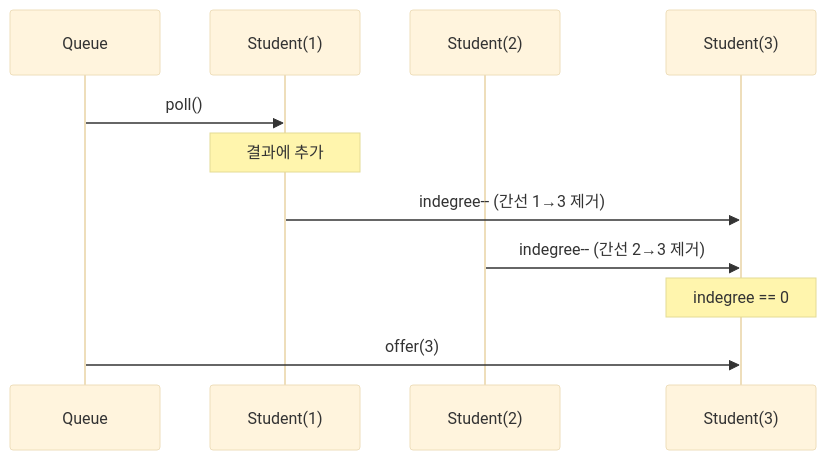
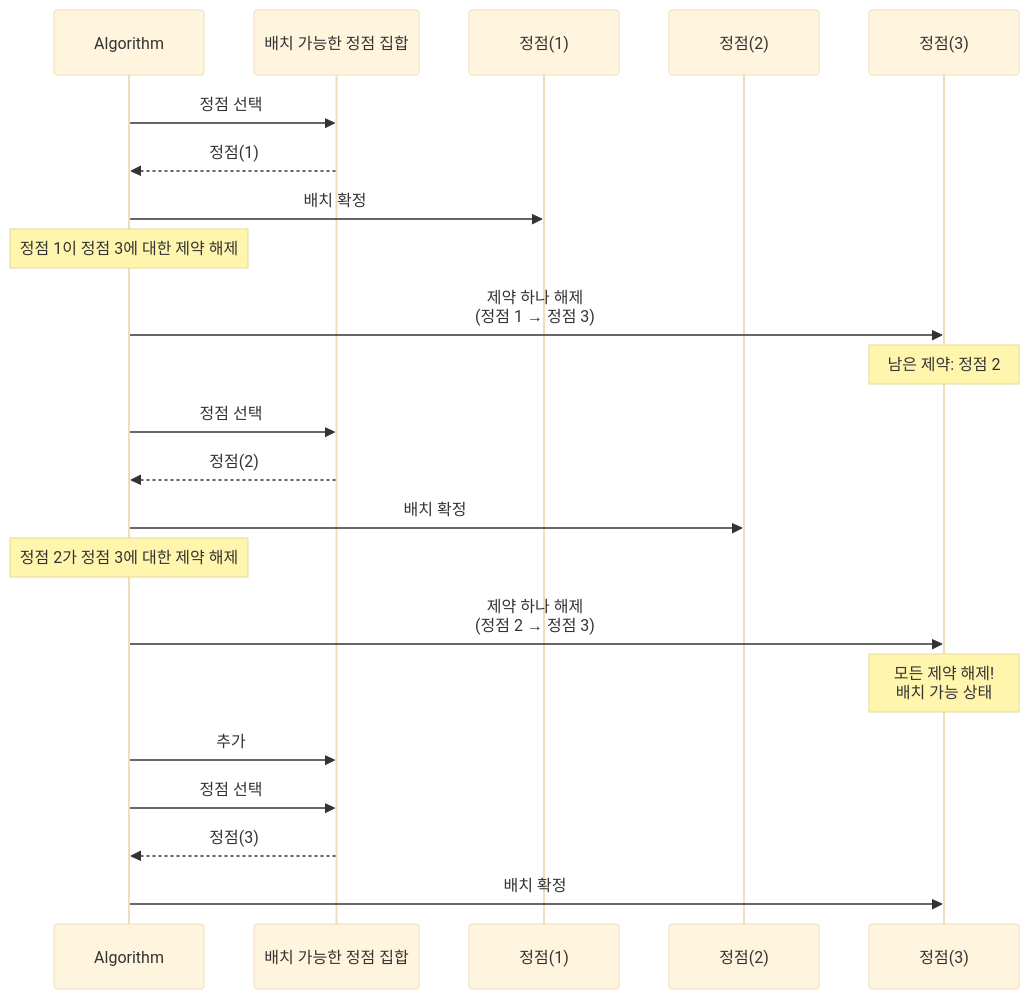
One commit to minor7295/algorithm changed the third of 4 diagrams in boj/topology-sort/2252/2.algorithm.md. Above: the diagram before and after it, drawn with Mermaid (base theme). The commit also changed other lines of this file and 2 other files, not shown here.

````diff
--- a/boj/topology-sort/2252/2.algorithm.md
+++ b/boj/topology-sort/2252/2.algorithm.md
@@ -205,16 +227,29 @@
 ```mermaid
 sequenceDiagram
-    participant Q as Queue
-    participant S1 as Student(1)
-    participant S2 as Student(2)
-    participant S3 as Student(3)
+    participant Algo as Algorithm
+    participant Q as 배치 가능한 정점 집합
+    participant S1 as 정점(1)
+    participant S2 as 정점(2)
+    participant S3 as 정점(3)
 
-    Q->>S1: poll()
-    Note over S1: 결과에 추가
-
-    S1->>S3: indegree-- (간선 1→3 제거)
-    S2->>S3: indegree-- (간선 2→3 제거)
-
-    Note over S3: indegree == 0
-    Q->>S3: offer(3)
+    Algo->>Q: 정점 선택
+    Q-->>Algo: 정점(1)
+    Algo->>S1: 배치 확정
+    
+    Note over Algo: 정점 1이 정점 3에 대한 제약 해제
+    Algo->>S3: 제약 하나 해제<br/>(정점 1 → 정점 3)
+    Note over S3: 남은 제약: 정점 2
+    
+    Algo->>Q: 정점 선택
+    Q-->>Algo: 정점(2)
+    Algo->>S2: 배치 확정
+    
+    Note over Algo: 정점 2가 정점 3에 대한 제약 해제
+    Algo->>S3: 제약 하나 해제<br/>(정점 2 → 정점 3)
+    Note over S3: 모든 제약 해제!<br/>배치 가능 상태
+    Algo->>Q: 추가
+    
+    Algo->>Q: 정점 선택
+    Q-->>Algo: 정점(3)
+    Algo->>S3: 배치 확정
 ```
````
